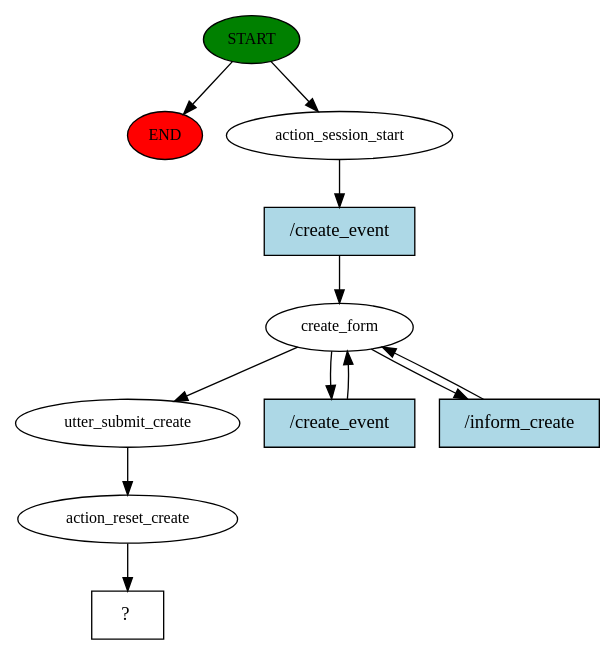
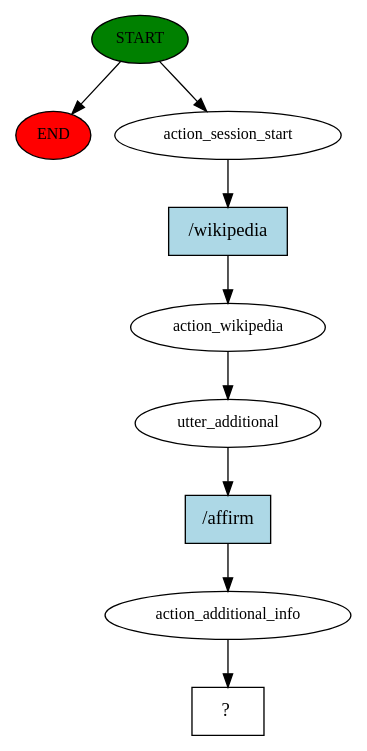
Before and after one commit to hamza-boudouche/elderly-care-chatbot: the diagram in chatbot/story_graph.dot, drawn with Graphviz. The commit also changed 9 other files, not shown here.

```diff
--- a/chatbot/story_graph.dot
+++ b/chatbot/story_graph.dot
@@ -1,23 +1,19 @@
 digraph  {
 0 [class="start active", fillcolor=green, fontsize=12, label=START, style=filled];
 "-1" [class=end, fillcolor=red, fontsize=12, label=END, style=filled];
 1 [class=active, fontsize=12, label=action_session_start];
-2 [class=active, fontsize=12, label=create_form];
-7 [class=active, fontsize=12, label=utter_submit_create];
-8 [class=active, fontsize=12, label=action_reset_create];
-9 [class="intent dashed active", label="  ?  ", shape=rect];
-10 [class="intent active", fillcolor=lightblue, label="/create_event", shape=rect, style=filled];
-11 [class="intent active", fillcolor=lightblue, label="/create_event", shape=rect, style=filled];
-12 [class="intent active", fillcolor=lightblue, label="/inform_create", shape=rect, style=filled];
+2 [class=active, fontsize=12, label=action_wikipedia];
+3 [class=active, fontsize=12, label=utter_additional];
+4 [class=active, fontsize=12, label=action_additional_info];
+5 [class="intent dashed active", label="  ?  ", shape=rect];
+6 [class="intent active", fillcolor=lightblue, label="/wikipedia", shape=rect, style=filled];
+7 [class="intent active", fillcolor=lightblue, label="/affirm", shape=rect, style=filled];
 0 -> "-1"  [class="", key=NONE, label=""];
 0 -> 1  [class=active, key=NONE, label=""];
-1 -> 10  [class=active, key=0];
-2 -> 7  [class=active, key=NONE, label=""];
-2 -> 11  [class=active, key=0];
-2 -> 12  [class=active, key=0];
-7 -> 8  [class=active, key=NONE, label=""];
-8 -> 9  [class=active, key=NONE, label=""];
-10 -> 2  [class=active, key=0];
-11 -> 2  [class=active, key=0];
-12 -> 2  [class=active, key=0];
+1 -> 6  [class=active, key=0];
+2 -> 3  [class=active, key=NONE, label=""];
+3 -> 7  [class=active, key=0];
+4 -> 5  [class=active, key=NONE, label=""];
+6 -> 2  [class=active, key=0];
+7 -> 4  [class=active, key=0];
 }
```
